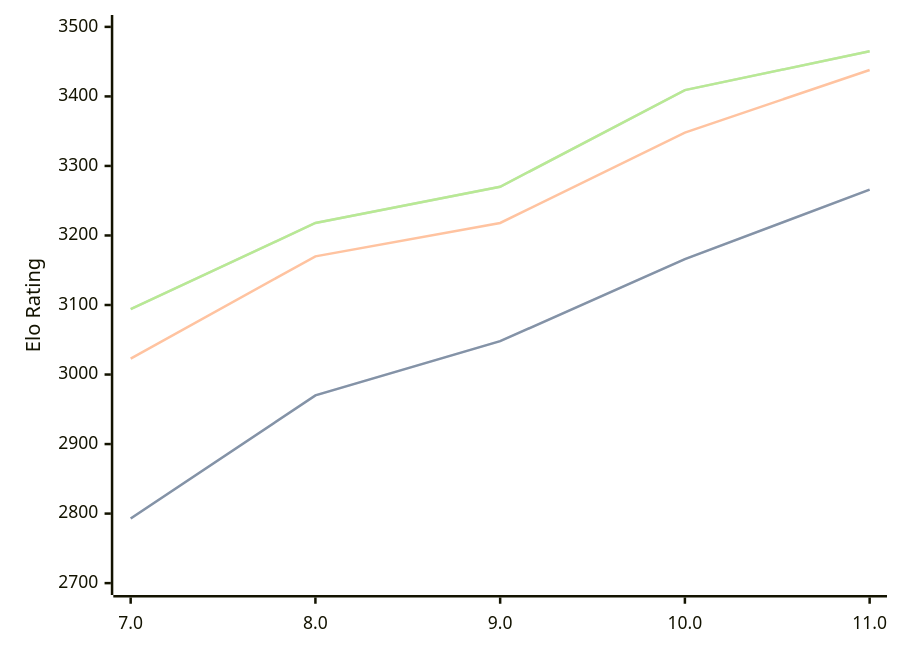
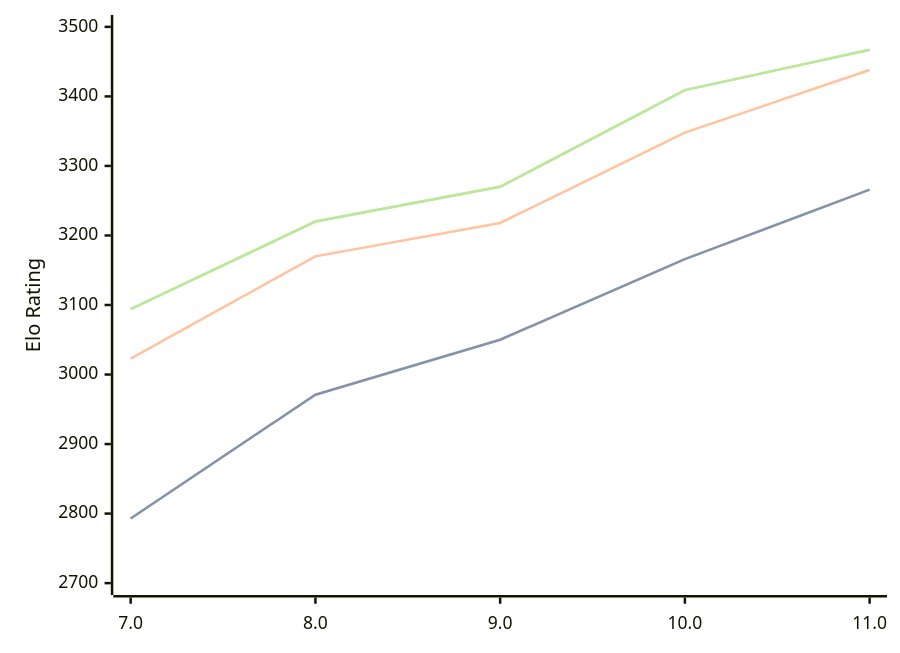
The diagram in engines/Tcheran.md (computer-chess-index/cci), drawn with Mermaid before and after one commit. The commit also changed other lines of this file, not shown here.

Commit message:
Update CCI Ratings (ELO VLTC) - 2026-04-02

````diff
--- a/engines/Tcheran.md
+++ b/engines/Tcheran.md
@@ -49,11 +49,11 @@
 ```mermaid
 %%{init: {"theme":"base","themeVariables":{"seriesColors:['#a3a3a3','#222221','#faa371']}}}%%
 xychart-beta
   x-axis ["7.0", "8.0", "9.0", "10.0", "11.0"]
   y-axis "Elo Rating" 2700 --> 3500
-  line "STC (8.0+0.08s)" [2793, 2970, 3048, 3166, 3266]
-  line "STC (8.0+0.08s)" [2793, 2970, 3048, 3166, 3266]
+  line "STC (8.0+0.08s)" [2793, 2971, 3050, 3166, 3266]
+  line "STC (8.0+0.08s)" [2793, 2971, 3050, 3166, 3266]
   line "LTC (60.0+0.60s)" [3023, 3170, 3218, 3348, 3438]
-  line "VLTC (2m24s+1.12s)" [3094, 3218, 3270, 3409, 3465]
-  line "VLTC (2m24s+1.12s)" [3094, 3218, 3270, 3409, 3465]
+  line "VLTC (2m24s+1.12s)" [3094, 3220, 3270, 3409, 3467]
+  line "VLTC (2m24s+1.12s)" [3094, 3220, 3270, 3409, 3467]
 ```
````
